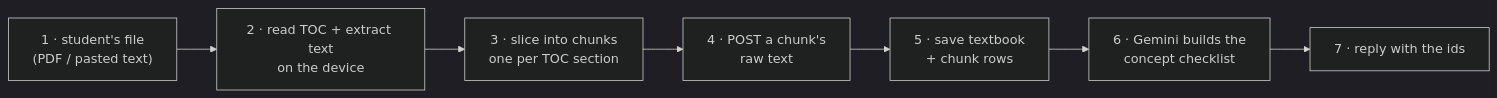
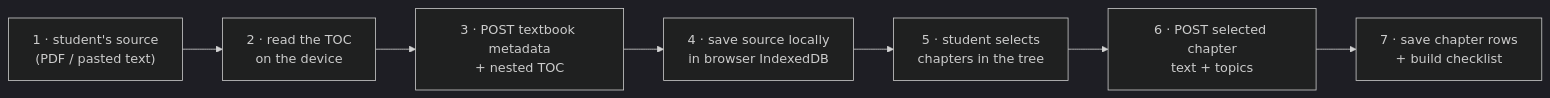
Before and after one commit to redwivision/Kiftet: the second of 15 diagrams in docs/howItWorks/dataflow.md, drawn with Mermaid (dark theme). The commit also changed other lines of this file and 21 other files, not shown here.

First line of the commit message:
feat: add saved textbook TOC import flow

````diff
--- a/docs/howItWorks/dataflow.md
+++ b/docs/howItWorks/dataflow.md
@@ -87,9 +91,9 @@
 ```mermaid
 flowchart LR
-  A["1 · student's file<br/>(PDF / pasted text)"] --> B["2 · read TOC + extract text<br/>on the device"]
-  B --> C["3 · slice into chunks<br/>one per TOC section"]
-  C --> D["4 · POST a chunk's<br/>raw text"]
-  D --> E["5 · save textbook<br/>+ chunk rows"]
-  E --> F["6 · Gemini builds the<br/>concept checklist"]
-  F --> G["7 · reply with the ids"]
+  A["1 · student's source<br/>(PDF / pasted text)"] --> B["2 · read the TOC<br/>on the device"]
+  B --> C["3 · POST textbook metadata<br/>+ nested TOC"]
+  C --> D["4 · save source locally<br/>in browser IndexedDB"]
+  D --> E["5 · student selects<br/>chapters in the tree"]
+  E --> F["6 · POST selected chapter<br/>text + topics"]
+  F --> G["7 · save chapter rows<br/>+ build checklist"]
 ```
````
